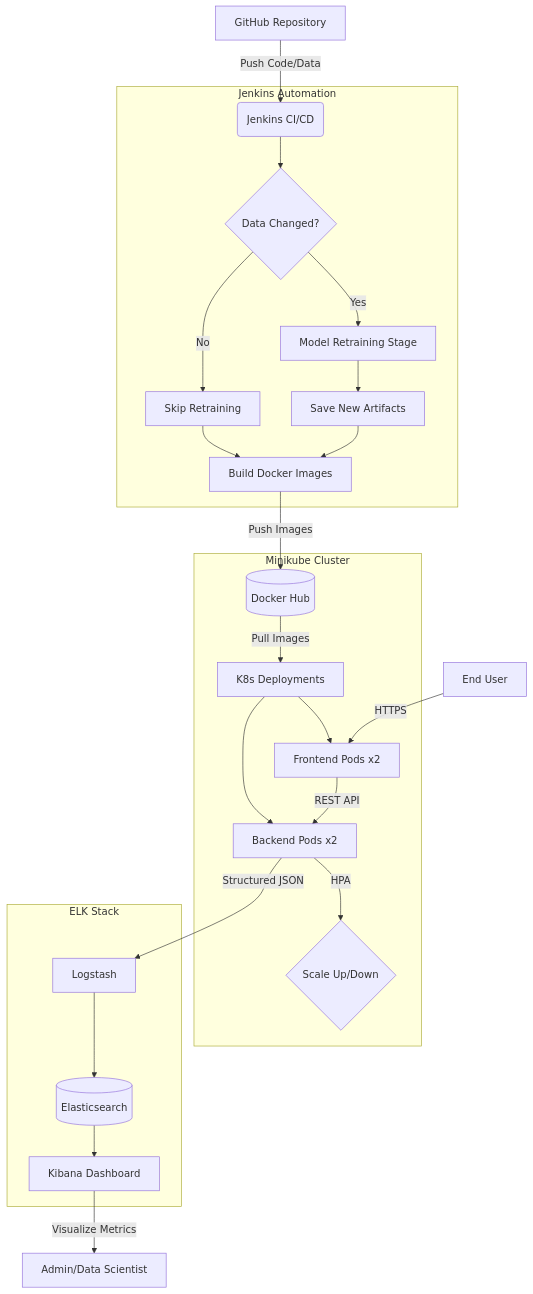
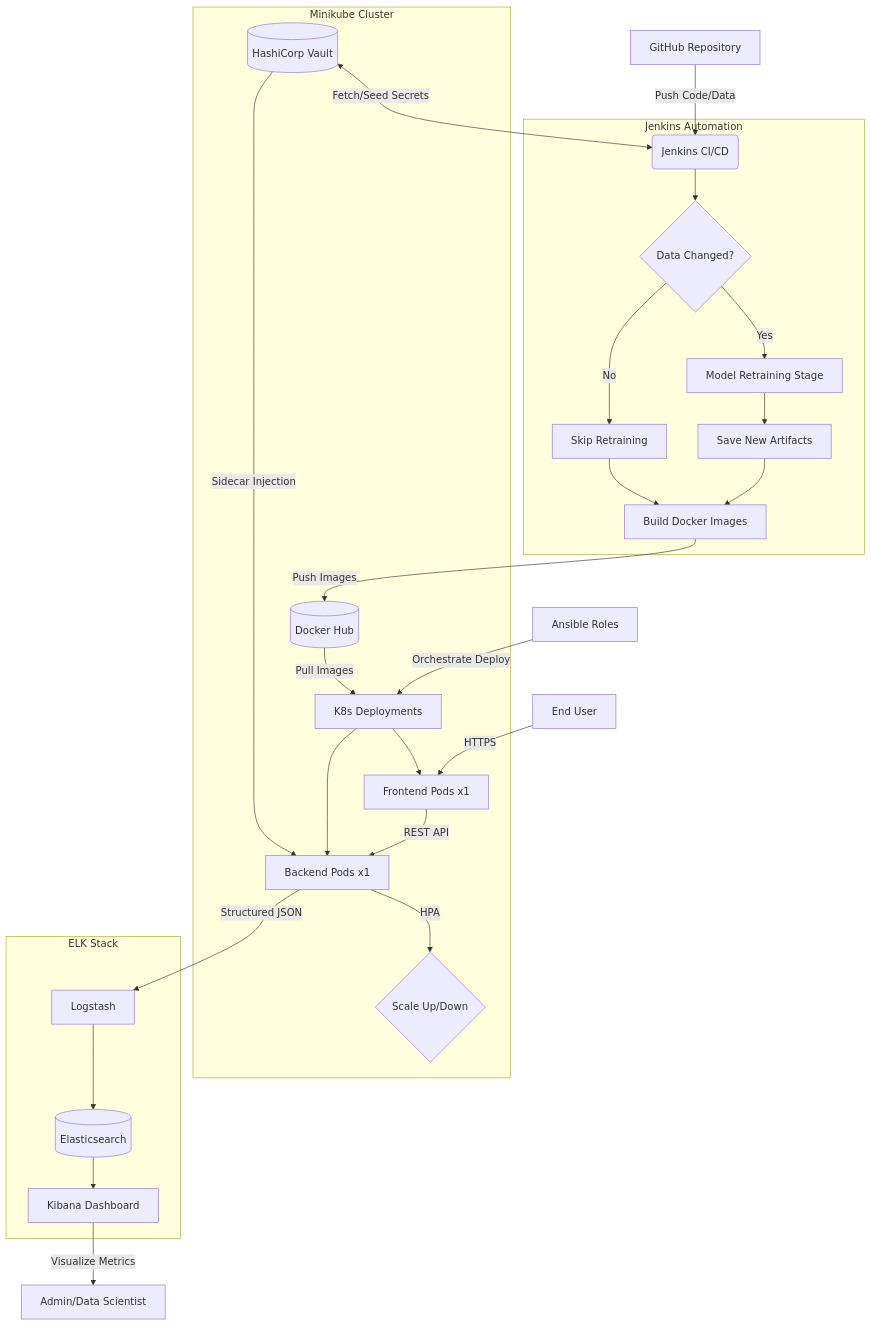
One commit to PrinsMishra/layoff-risk-prediction changed the diagram in architecture.md. Above: the diagram before and after it, drawn with Mermaid. The commit also changed other lines of this file and 1 other file, not shown here.

Commit message:
increase time

````diff
--- a/architecture.md
+++ b/architecture.md
@@ -7,38 +7,43 @@
 ```mermaid
 graph TD
     %% Source Control
     A[GitHub Repository] -->|Push Code/Data| B(Jenkins CI/CD)
 
     %% Automation Layer
     subgraph CI_CD_Pipeline [Jenkins Automation]
         B --> C{Data Changed?}
         C -->|Yes| D[Model Retraining Stage]
         C -->|No| E[Skip Retraining]
         D --> F[Save New Artifacts]
         E --> G[Build Docker Images]
         F --> G
     end
 
+    %% Security & Config
+    R[(HashiCorp Vault)] <-->|Fetch/Seed Secrets| B
+    S[Ansible Roles] -->|Orchestrate Deploy| I
+
     %% Artifact Storage
     G -->|Push Images| H[(Docker Hub)]
 
     %% Deployment Layer
     subgraph Kubernetes_Cluster [Minikube Cluster]
         H -->|Pull Images| I[K8s Deployments]
-        I --> J[Frontend Pods x2]
-        I --> K[Backend Pods x2]
+        I --> J[Frontend Pods x1]
+        I --> K[Backend Pods x1]
         K -->|HPA| L{Scale Up/Down}
+        R -->|Sidecar Injection| K
     end
 
     %% Monitoring Layer
     subgraph Monitoring_Stack [ELK Stack]
         K -->|Structured JSON| M[Logstash]
         M --> N[(Elasticsearch)]
         N --> O[Kibana Dashboard]
     end
 
     %% User Interaction
     P[End User] -->|HTTPS| J
     J -->|REST API| K
     O -->|Visualize Metrics| Q[Admin/Data Scientist]
 ```
````
